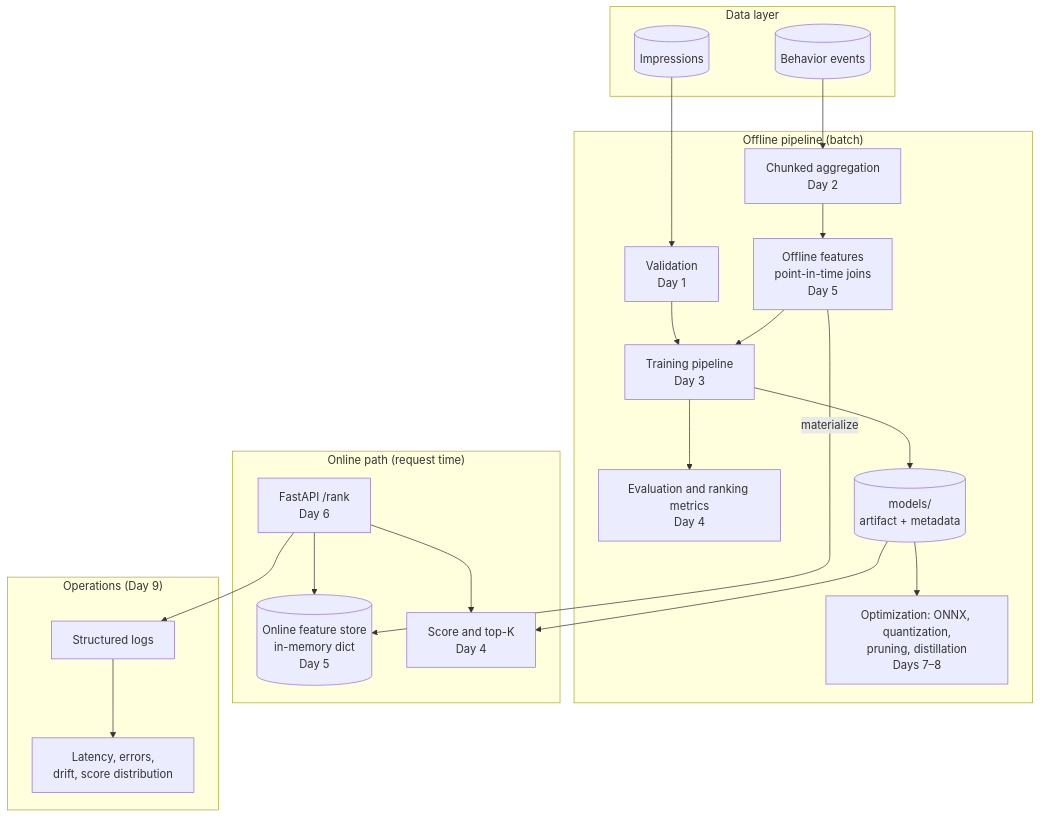
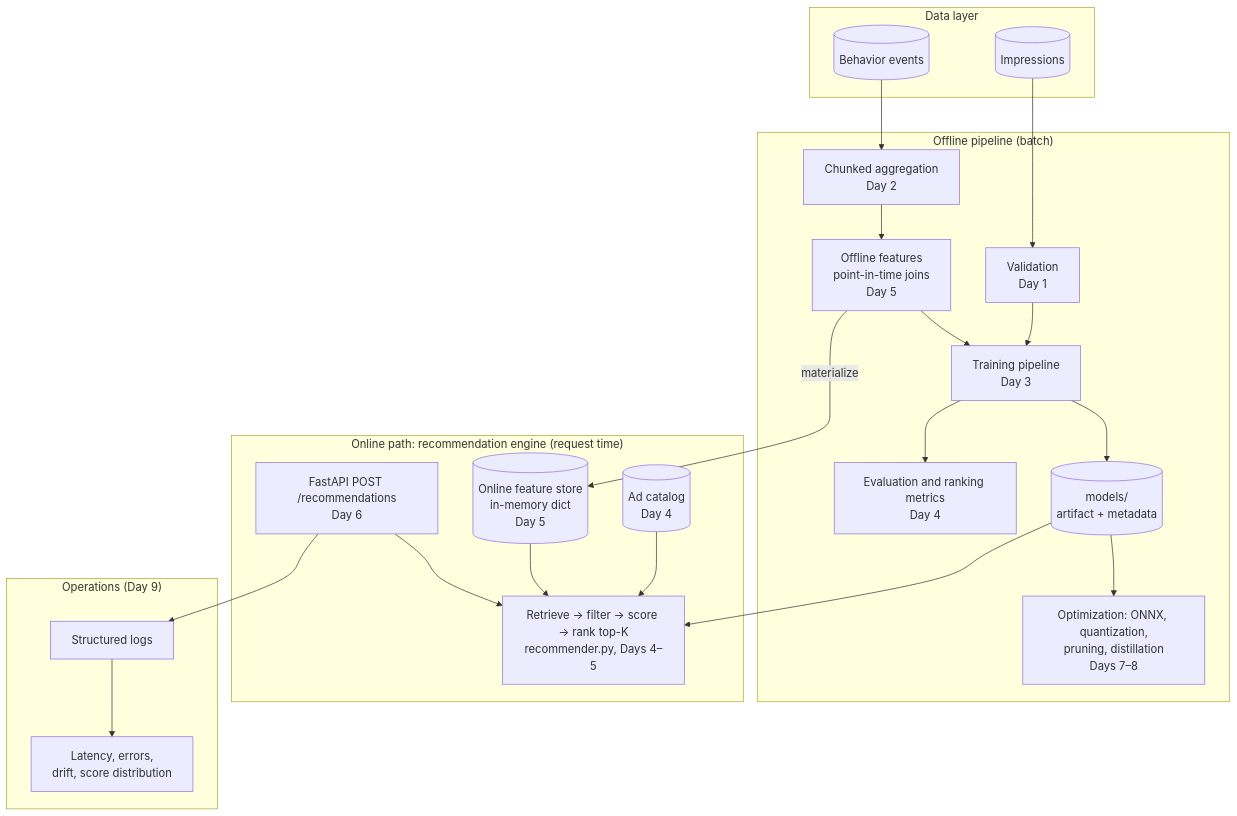
The second of 5 diagrams in docs/ARCHITECTURE.md (karanveersingh5623/adtech-mlops), drawn with Mermaid before and after one commit. The commit also changed other lines of this file and 2 other files, not shown here.

First line of the commit message:
Make the recommendation engine central in Days 4-6 and 10

````diff
--- a/docs/ARCHITECTURE.md
+++ b/docs/ARCHITECTURE.md
@@ -35,38 +36,40 @@
 ```mermaid
 flowchart TB
     subgraph Data["Data layer"]
         IMP[("Impressions")]
         EVT[("Behavior events")]
     end
 
     subgraph Offline["Offline pipeline (batch)"]
         VAL["Validation<br/>Day 1"]
         STR["Chunked aggregation<br/>Day 2"]
         FOFF["Offline features<br/>point-in-time joins<br/>Day 5"]
         TRAIN["Training pipeline<br/>Day 3"]
         EVAL["Evaluation and ranking metrics<br/>Day 4"]
         REG[("models/<br/>artifact + metadata")]
         ONNX["Optimization: ONNX, quantization,<br/>pruning, distillation<br/>Days 7–8"]
     end
 
-    subgraph Online["Online path (request time)"]
-        API["FastAPI /rank<br/>Day 6"]
+    subgraph Online["Online path: recommendation engine (request time)"]
+        API["FastAPI POST /recommendations<br/>Day 6"]
+        CAT[("Ad catalog<br/>Day 4")]
+        RANK["Retrieve → filter → score → rank top-K<br/>recommender.py, Days 4–5"]
         FON[("Online feature store<br/>in-memory dict<br/>Day 5")]
-        RANK["Score and top-K<br/>Day 4"]
     end
 
     subgraph Ops["Operations (Day 9)"]
         LOG["Structured logs"]
         MON["Latency, errors,<br/>drift, score distribution"]
     end
 
     IMP --> VAL --> TRAIN
     EVT --> STR --> FOFF --> TRAIN
     FOFF -- materialize --> FON
     TRAIN --> EVAL
     TRAIN --> REG --> ONNX
     REG --> RANK
-    API --> FON
+    CAT --> RANK
+    FON --> RANK
     API --> RANK
     API --> LOG --> MON
 ```
````
